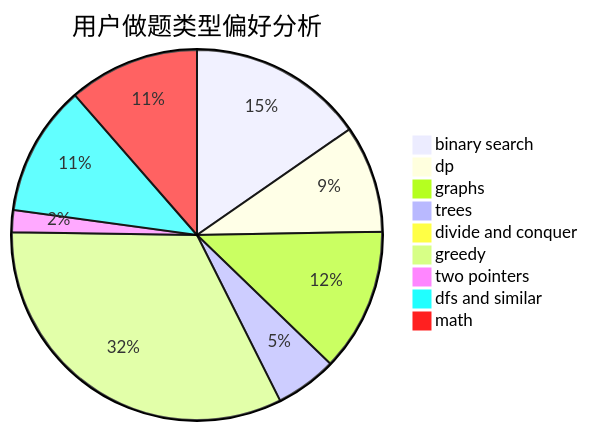
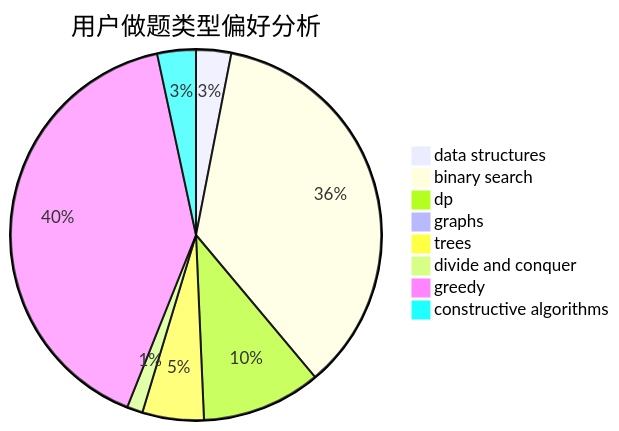
One commit to sherpahu/cfrs.github.io changed the second of 3 diagrams in docs/user/u1532.md. Above: the diagram before and after it, drawn with Mermaid. The commit also changed other lines of this file and 2775 other files, not shown here.

````diff
--- a/docs/user/u1532.md
+++ b/docs/user/u1532.md
@@ -23,12 +23,11 @@
 ```mermaid
 pie title 用户做题类型偏好分析
-    "binary search" :  254
-    "dp" :  155
-    "graphs" :  207
-    "trees" :  89
+    "data structures" :  20
+    "binary search" :  234
+    "dp" :  68
+    "graphs" :  3
+    "trees" :  35
     "divide and conquer" :  9
-    "greedy" :  540
-    "two pointers" :  32
-    "dfs and similar" :  189
-    "math" :  189
+    "greedy" :  265
+    "constructive algorithms" :  22
 ```
````
